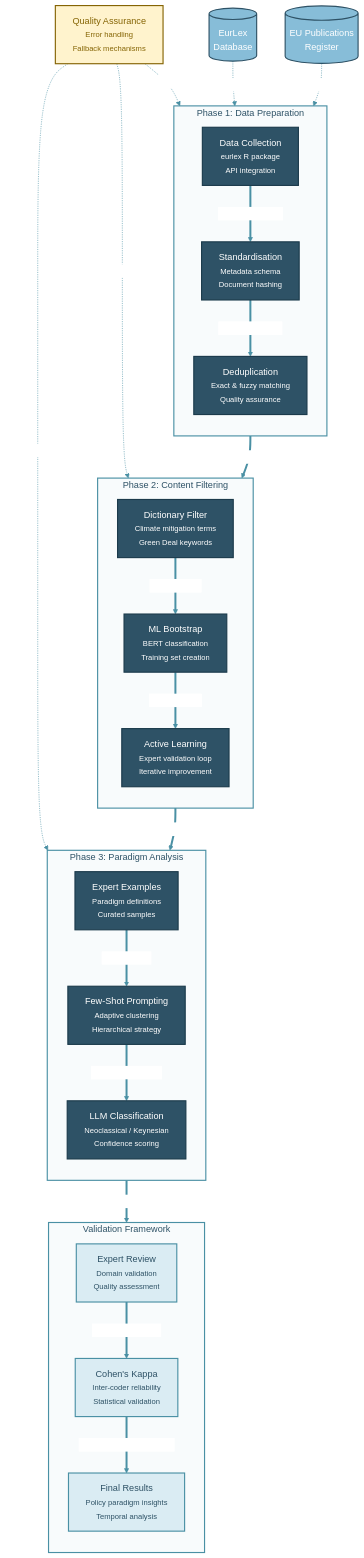
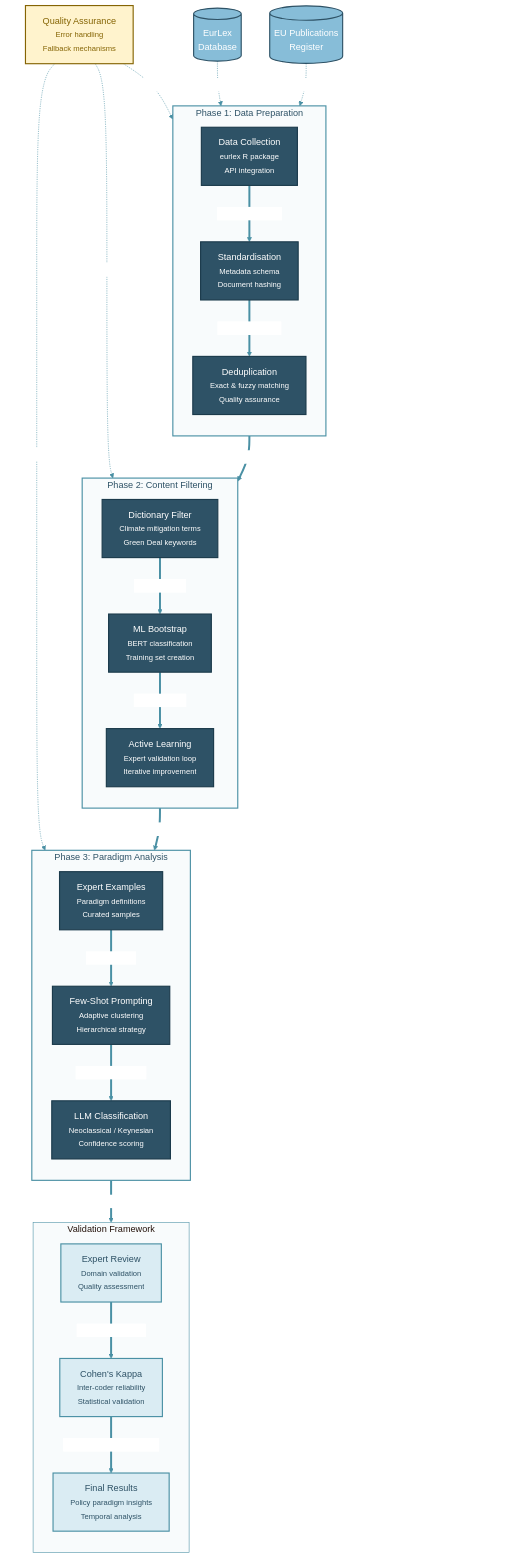
One commit to knutley/personal_AdJUST changed the diagram in docs/workflow.mmd. Above: the diagram before and after it, drawn with Mermaid.

```diff
--- a/docs/workflow.mmd
+++ b/docs/workflow.mmd
@@ -1,95 +1,86 @@
-%%{init: {
-    'theme': 'base',
-    'themeVariables': {
-        'primaryColor': '#2E5266',
-        'primaryTextColor': '#ffffff',
-        'primaryBorderColor': '#1B3A4B',
-        'lineColor': '#4A90A4',
-        'secondaryColor': '#87BDD8',
-        'tertiaryColor': '#DAECF3',
-        'background': '#ffffff',
-        'mainBkg': '#2E5266',
-        'secondBkg': '#87BDD8',
-        'tertiaryBkg': '#DAECF3',
-        'clusterBkg': '#F8FBFC',
-        'clusterBorder': '#4A90A4',
-        'edgeLabelBackground': '#ffffff'
-    }
-}}%%
-
+---
+config:
+  theme: base
+  themeVariables:
+    primaryColor: '#2E5266'
+    primaryTextColor: '#ffffff'
+    primaryBorderColor: '#1B3A4B'
+    lineColor: '#4A90A4'
+    secondaryColor: '#87BDD8'
+    tertiaryColor: '#DAECF3'
+    background: '#ffffff'
+    mainBkg: '#2E5266'
+    secondBkg: '#87BDD8'
+    clusterBkg: '#F8FBFC'
+    clusterBorder: '#4A90A4'
+    edgeLabelBackground: '#ffffff'
+---
 flowchart TD
-    %% Data Sources
-    EurLex[("EurLex<br/>Database")]
-    EuPubs[("EU Publications<br/>Register")]
-    
-    %% Phase 1: Data Collection & Preparation
-    subgraph Phase1["Phase 1: Data Preparation"]
-        direction TB
-        Collection["Data Collection<br/><small>eurlex R package<br/>API integration</small>"]
-        Standard["Standardisation<br/><small>Metadata schema<br/>Document hashing</small>"]
-        Dedup["Deduplication<br/><small>Exact & fuzzy matching<br/>Quality assurance</small>"]
-    end
-    
-    %% Phase 2: Content Filtering
-    subgraph Phase2["Phase 2: Content Filtering"]
-        direction TB
-        DictFilter["Dictionary Filter<br/><small>Climate mitigation terms<br/>Green Deal keywords</small>"]
-        MLBootstrap["ML Bootstrap<br/><small>BERT classification<br/>Training set creation</small>"]
-        ActiveLearn["Active Learning<br/><small>Expert validation loop<br/>Iterative improvement</small>"]
-    end
-    
-    %% Phase 3: Paradigm Classification
-    subgraph Phase3["Phase 3: Paradigm Analysis"]
-        direction TB
-        ExpertEx["Expert Examples<br/><small>Paradigm definitions<br/>Curated samples</small>"]
-        FewShot["Few-Shot Prompting<br/><small>Adaptive clustering<br/>Hierarchical strategy</small>"]
-        LLMAnalysis["LLM Classification<br/><small>Neoclassical / Keynesian<br/>Confidence scoring</small>"]
-    end
-    
-    %% Validation Layer
-    subgraph Validation["Validation Framework"]
-        direction TB
-        ExpertReview["Expert Review<br/><small>Domain validation<br/>Quality assessment</small>"]
-        CohenKappa["Cohen's Kappa<br/><small>Inter-coder reliability<br/>Statistical validation</small>"]
-        FinalResults["Final Results<br/><small>Policy paradigm insights<br/>Temporal analysis</small>"]
-    end
-    
-    %% Quality Assurance
-    QA["Quality Assurance<br/><small>Error handling<br/>Fallback mechanisms</small>"]
-    
-    %% Flow connections with enhanced styling
-    EurLex -.->|"API calls"| Collection
-    EuPubs -.->|"Web scraping"| Collection
-    
-    Collection ==>|"Raw documents"| Standard
-    Standard ==>|"Clean metadata"| Dedup
-    Dedup ==>|"Unique corpus"| DictFilter
-    
-    DictFilter ==>|"Filtered docs"| MLBootstrap
-    MLBootstrap ==>|"Training data"| ActiveLearn
-    ActiveLearn ==>|"Validated corpus"| ExpertEx
-    
-    ExpertEx ==>|"Example set"| FewShot
-    FewShot ==>|"Prompt templates"| LLMAnalysis
-    LLMAnalysis ==>|"Classifications"| ExpertReview
-    
-    ExpertReview ==>|"Reviewed results"| CohenKappa
-    CohenKappa ==>|"Validated classifications"| FinalResults
-    
-    %% Quality assurance connections
-    QA -.->|"Monitors"| Phase1
-    QA -.->|"Validates"| Phase2
-    QA -.->|"Ensures quality"| Phase3
-    
-    %% Styling
+ subgraph Phase1["Phase 1: Data Preparation"]
+    direction TB
+        Collection["Data Collection<br><small>eurlex R package<br>API integration</small>"]
+        Standard["Standardisation<br><small>Metadata schema<br>Document hashing</small>"]
+        Dedup["Deduplication<br><small>Exact &amp; fuzzy matching<br>Quality assurance</small>"]
+  end
+ subgraph Phase2["Phase 2: Content Filtering"]
+    direction TB
+        DictFilter["Dictionary Filter<br><small>Climate mitigation terms<br>Green Deal keywords</small>"]
+        MLBootstrap["ML Bootstrap<br><small>BERT classification<br>Training set creation</small>"]
+        ActiveLearn["Active Learning<br><small>Expert validation loop<br>Iterative improvement</small>"]
+  end
+ subgraph Phase3["Phase 3: Paradigm Analysis"]
+    direction TB
+        ExpertEx["Expert Examples<br><small>Paradigm definitions<br>Curated samples</small>"]
+        FewShot["Few-Shot Prompting<br><small>Adaptive clustering<br>Hierarchical strategy</small>"]
+        LLMAnalysis["LLM Classification<br><small>Neoclassical / Keynesian<br>Confidence scoring</small>"]
+  end
+ subgraph Validation["Validation Framework"]
+    direction TB
+        ExpertReview["Expert Review<br><small>Domain validation<br>Quality assessment</small>"]
+        CohenKappa@{ label: "Cohen's Kappa<br><small>Inter-coder reliability<br>Statistical validation</small>" }
+        FinalResults["Final Results<br><small>Policy paradigm insights<br>Temporal analysis</small>"]
+  end
+    EurLex[("EurLex<br>Database")] -. API calls .-> Collection
+    EuPubs[("EU Publications<br>Register")] -. Web scraping .-> Collection
+    Collection == Raw documents ==> Standard
+    Standard == Clean metadata ==> Dedup
+    Dedup == Unique corpus ==> DictFilter
+    DictFilter == Filtered docs ==> MLBootstrap
+    MLBootstrap == Training data ==> ActiveLearn
+    ActiveLearn == Validated corpus ==> ExpertEx
+    ExpertEx == Example set ==> FewShot
+    FewShot == Prompt templates ==> LLMAnalysis
+    LLMAnalysis == Classifications ==> ExpertReview
+    ExpertReview == Reviewed results ==> CohenKappa
+    CohenKappa == Validated classifications ==> FinalResults
+    QA["Quality Assurance<br><small>Error handling<br>Fallback mechanisms</small>"] -. Monitors .-> Phase1
+    QA -. Validates .-> Phase2
+    QA -. Ensures quality .-> Phase3
+    n1["Text Block"]
+    n2["Text Block"]
+    CohenKappa@{ shape: rect}
+    n1@{ shape: text}
+    n2@{ shape: text}
+     Collection:::process
+     Standard:::process
+     Dedup:::process
+     DictFilter:::process
+     MLBootstrap:::process
+     ActiveLearn:::process
+     ExpertEx:::process
+     FewShot:::process
+     LLMAnalysis:::process
+     ExpertReview:::validation
+     CohenKappa:::validation
+     FinalResults:::validation
+     EurLex:::dataSource
+     EuPubs:::dataSource
+     QA:::qa
+     Phase1:::phaseBox
+     Phase2:::phaseBox
+     Phase3:::phaseBox
     classDef phaseBox fill:#F8FBFC,stroke:#4A90A4,stroke-width:2px,color:#2E5266
     classDef dataSource fill:#87BDD8,stroke:#2E5266,stroke-width:2px,color:#ffffff
     classDef process fill:#2E5266,stroke:#1B3A4B,stroke-width:2px,color:#ffffff
     classDef validation fill:#DAECF3,stroke:#4A90A4,stroke-width:2px,color:#2E5266
     classDef qa fill:#FFF3CD,stroke:#856404,stroke-width:2px,color:#856404
-    
-    class Phase1,Phase2,Phase3,Validation phaseBox
-    class EurLex,EuPubs dataSource
-    class Collection,Standard,Dedup,DictFilter,MLBootstrap,ActiveLearn,ExpertEx,FewShot,LLMAnalysis process
-    class ExpertReview,CohenKappa,FinalResults validation
-    class QA qa
```
